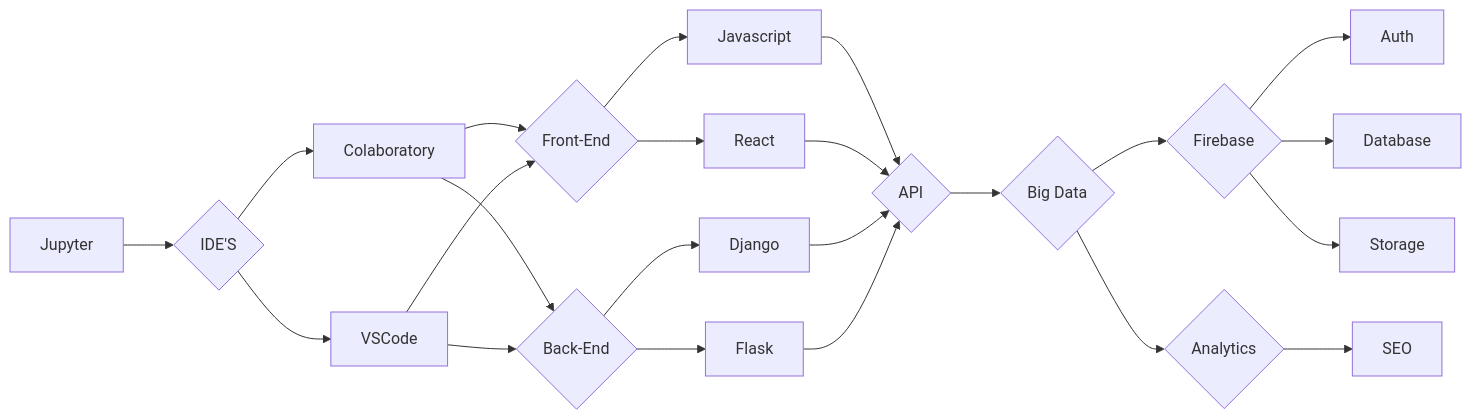
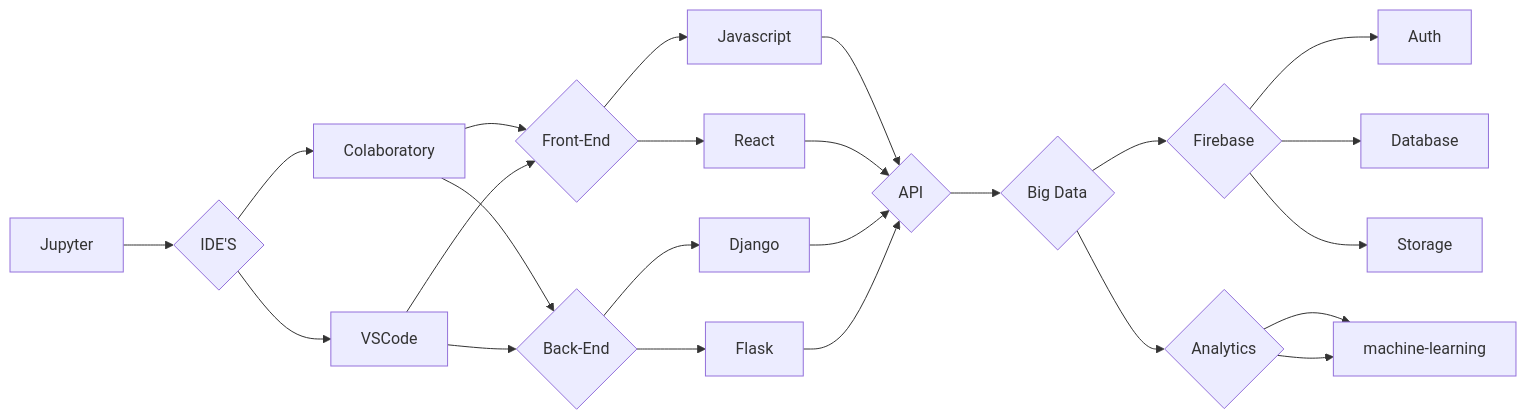
Before and after one commit to SauloCandeira/SauloCandeira: the first of 2 diagrams in README.md, drawn with Mermaid.

````diff
--- a/README.md
+++ b/README.md
@@ -61,33 +61,34 @@
 ```mermaid
 flowchart LR
 
 M[Jupyter] --> Z{IDE'S} 
 
 Z{IDE'S} --> K[Colaboratory]
 Z  --> L
 
 K[Colaboratory] --> A{Front-End} 
 K --> B{Back-End}
 L[VSCode] --> A{Front-End} 
 L --> B{Back-End}
 
 A{Front-End} --> I[Javascript] --> O{API} 
 A{Front-End} --> J[React] --> O{API} 
 
 B{Back-End} --> G[Django] --> O{API} 
 B{Back-End} --> H[Flask] --> O{API} 
 
 
 
 O{API} --> N{Big Data}
 
 
 N{Big Data} --> C{Firebase}
 N --> P{Analytics}
 
 P --> Q[SEO]
+P --> Q[machine-learning]
 
 C --> D[Auth]
 C --> E[Database]
 C --> F[Storage]
 ```
````
